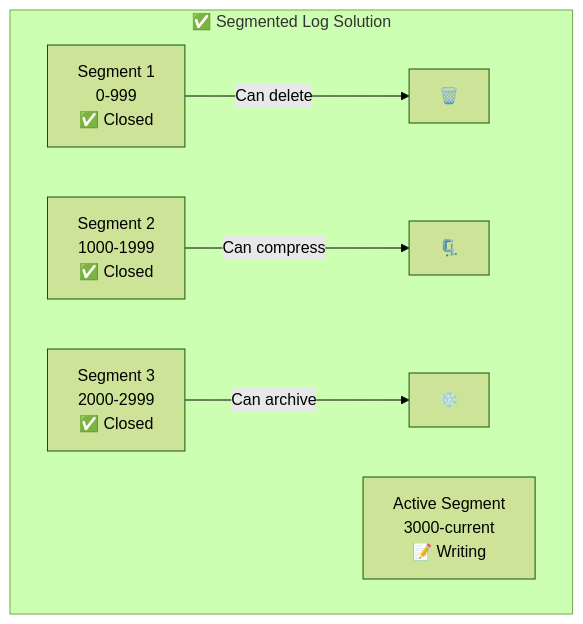
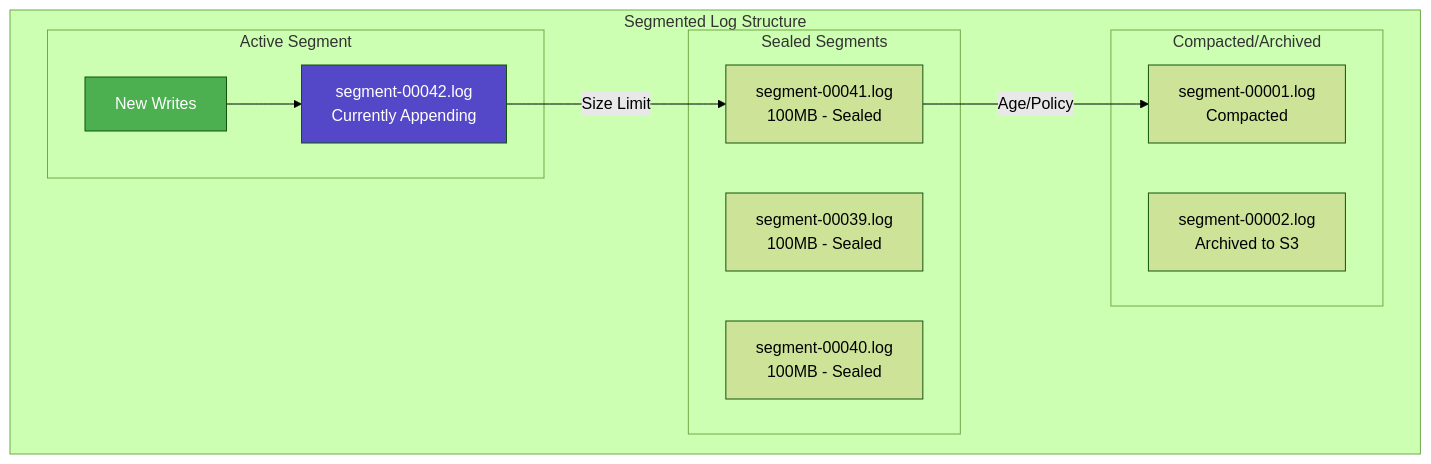
One commit to deepaucksharma/DStudio changed the first of 7 diagrams in docs/patterns/segmented-log.md. Above: the diagram before and after it, drawn with Mermaid (forest theme). The commit also changed other lines of this file and 248 other files, not shown here.

````diff
--- a/docs/patterns/segmented-log.md
+++ b/docs/patterns/segmented-log.md
@@ -43,13 +36,25 @@
 ```mermaid
 graph TB
-    subgraph "✅ Segmented Log Solution"
-        S1[Segment 1<br/>0-999<br/>✅ Closed] 
-        S2[Segment 2<br/>1000-1999<br/>✅ Closed]
-        S3[Segment 3<br/>2000-2999<br/>✅ Closed]
-        S4[Active Segment<br/>3000-current<br/>📝 Writing]
-        
-        S1 -->|Can delete| TRASH[🗑️]
-        S2 -->|Can compress| ZIP[🗜️]
-        S3 -->|Can archive| COLD[❄️]
-    end
+ subgraph "Segmented Log Structure"
+ subgraph "Active Segment"
+ Write[New Writes] --> Active[segment-00042.log<br/>Currently Appending]
+ end
+ 
+ subgraph "Sealed Segments"
+ S1[segment-00039.log<br/>100MB - Sealed]
+ S2[segment-00040.log<br/>100MB - Sealed]
+ S3[segment-00041.log<br/>100MB - Sealed]
+ end
+ 
+ subgraph "Compacted/Archived"
+ C1[segment-00001.log<br/>Compacted]
+ C2[segment-00002.log<br/>Archived to S3]
+ end
+ 
+ Active -->|Size Limit| S3
+ S3 -->|Age/Policy| C1
+ end
+ 
+ style Active fill:#5448C8,color:#fff
+ style Write fill:#4CAF50,color:#fff
 ```
````
